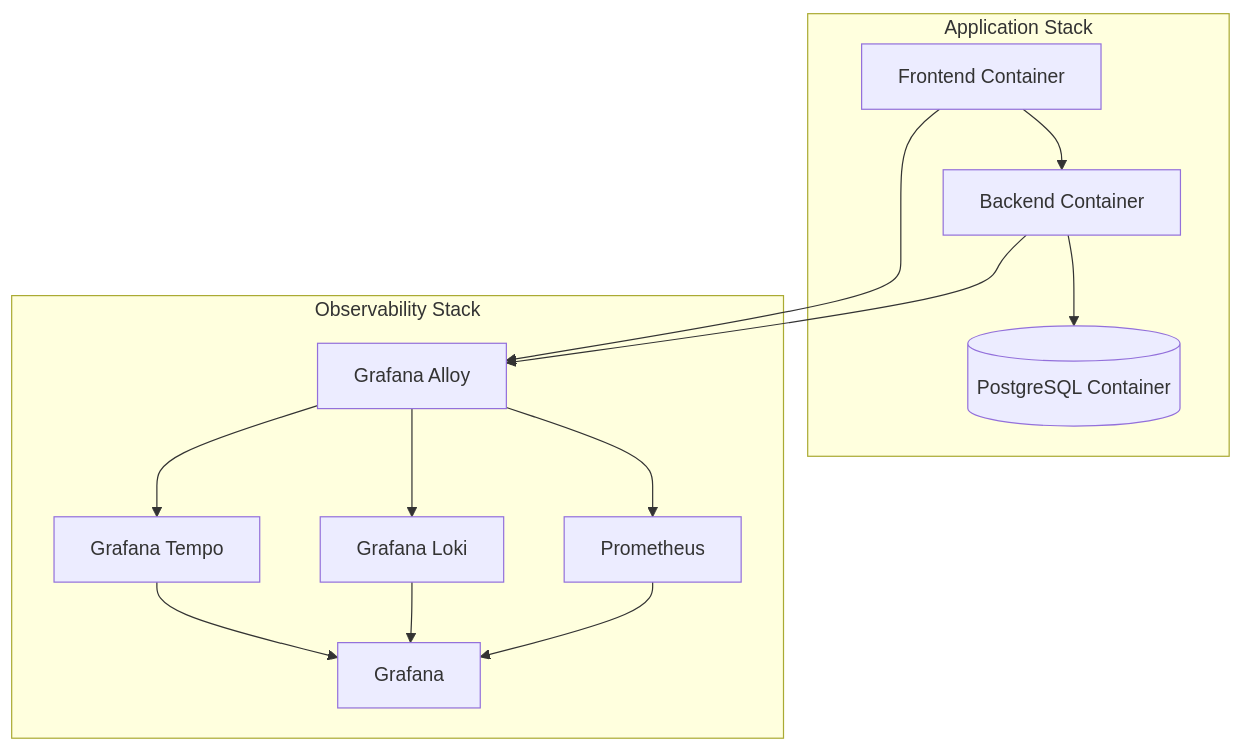
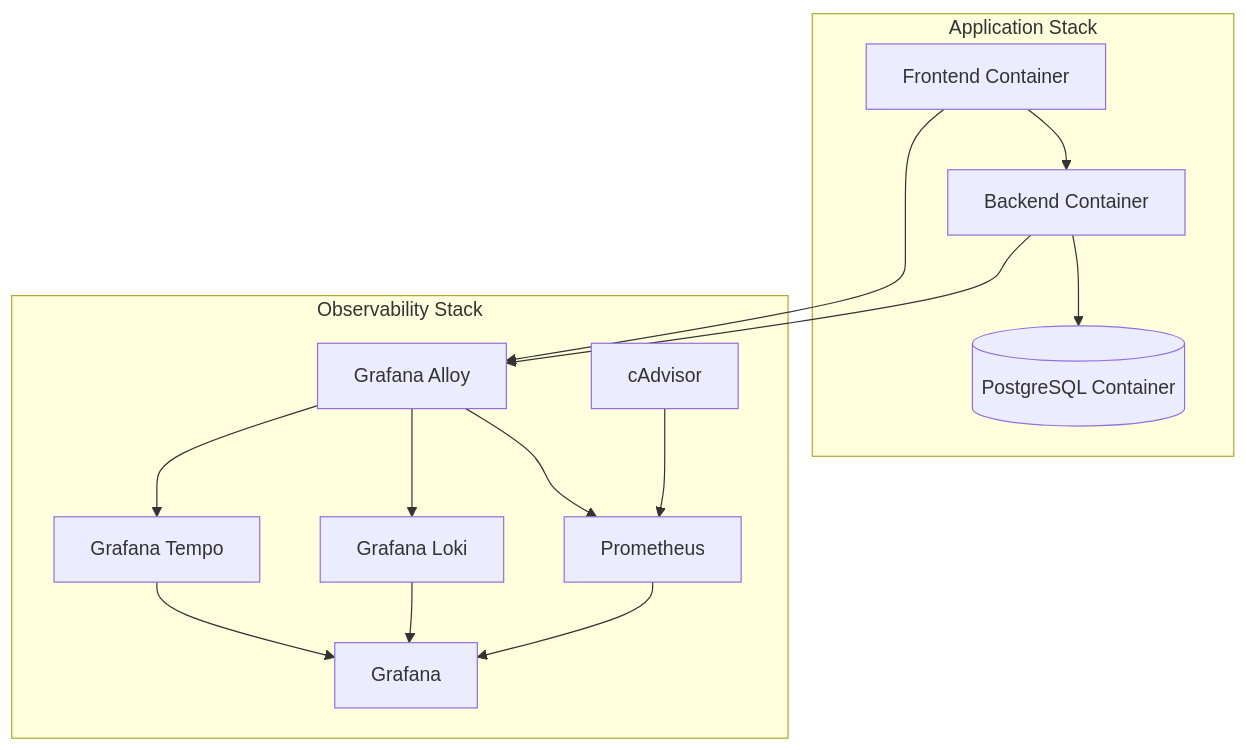
Before and after one commit to ballardr/reqtrackmanager: the first of 3 diagrams in docs/website/docs/installation-deployment/observability.md, drawn with Mermaid. The commit also changed other lines of this file and 204 other files, not shown here.

````diff
--- a/docs/website/docs/installation-deployment/observability.md
+++ b/docs/website/docs/installation-deployment/observability.md
@@ -13,27 +15,29 @@
 ```mermaid
 flowchart TD
     subgraph App[Application Stack]
         FE[Frontend Container]
         BE[Backend Container]
         DB[(PostgreSQL Container)]
     end
 
     subgraph Ops[Observability Stack]
         Alloy[Grafana Alloy]
         Prom[Prometheus]
         Loki[Grafana Loki]
         Tempo[Grafana Tempo]
         Grafana[Grafana]
+        CAdv[cAdvisor]
     end
 
     FE --> BE
     BE --> DB
     BE --> Alloy
     FE --> Alloy
     Alloy --> Prom
     Alloy --> Loki
     Alloy --> Tempo
+    CAdv --> Prom
     Prom --> Grafana
     Loki --> Grafana
     Tempo --> Grafana
 ```
````
